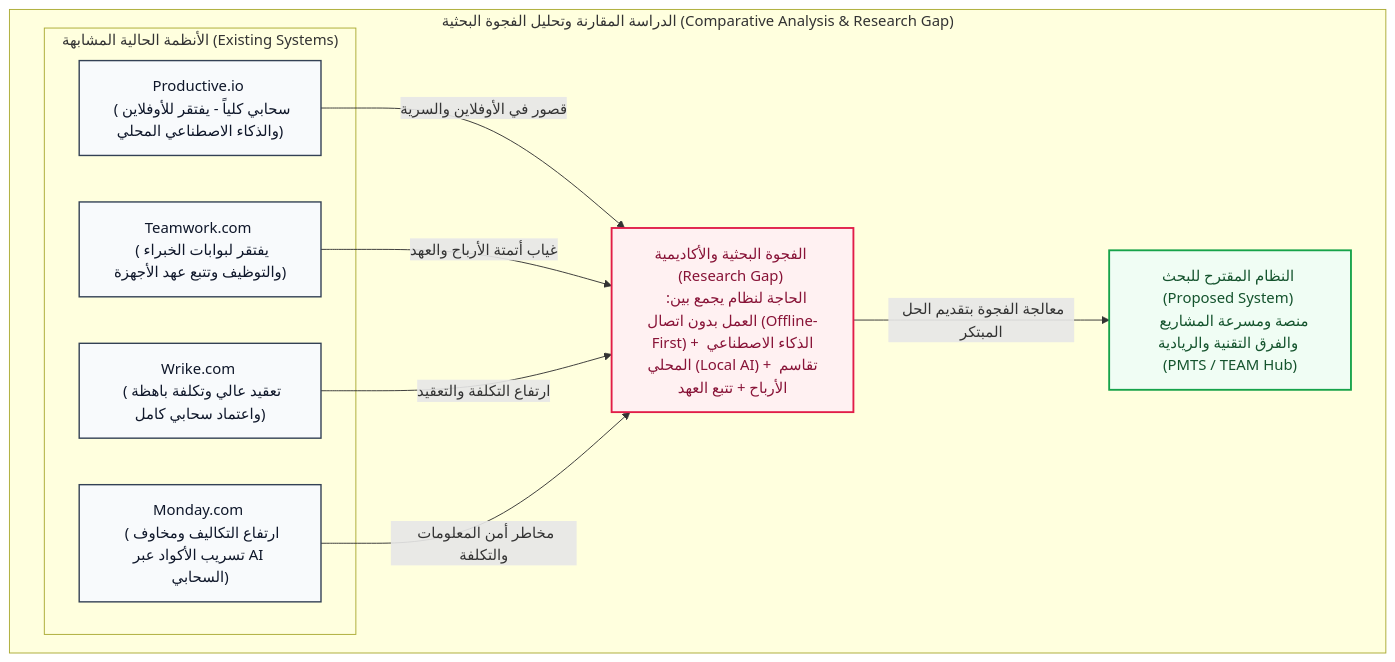
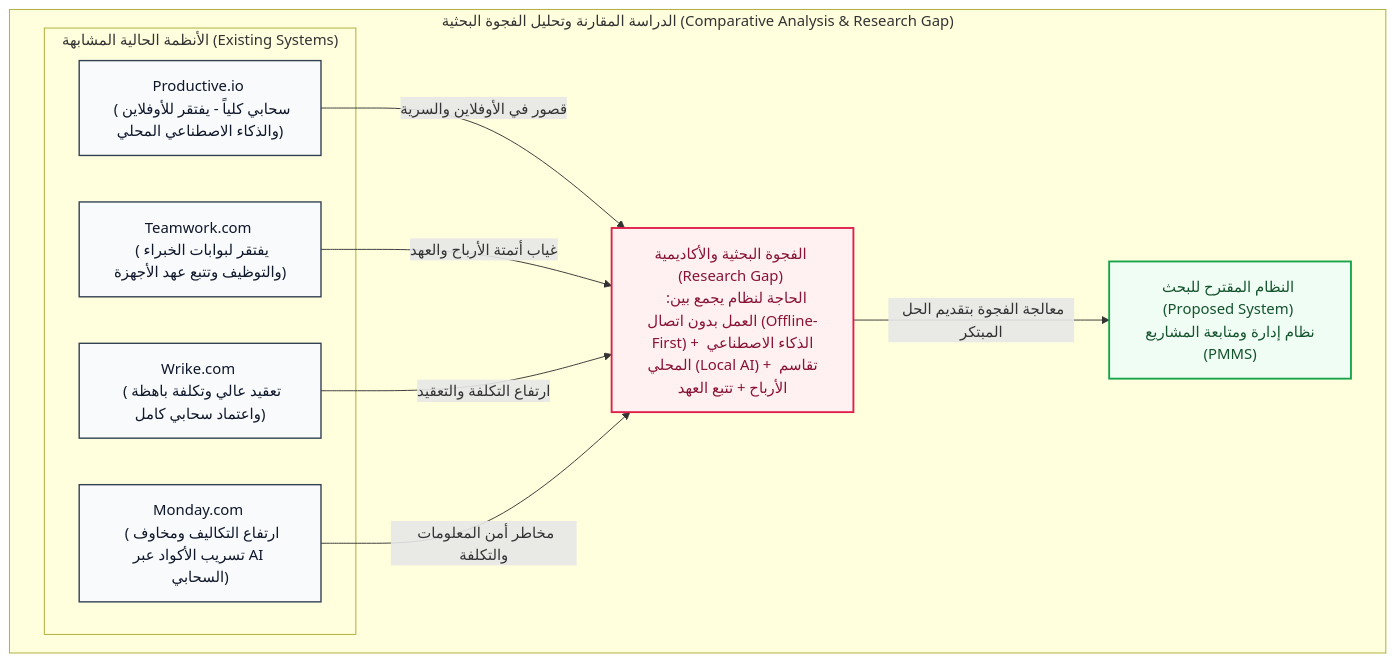
Before and after one commit to Essami779/PMMS: the third of 13 diagrams in 02_Project_Book_Chapters/مشروع_التخرج_المدمج_الوحدات_1_2_3.md, drawn with Mermaid. The commit also changed other lines of this file and 34 other files, not shown here.

````diff
--- a/02_Project_Book_Chapters/مشروع_التخرج_المدمج_الوحدات_1_2_3.md
+++ b/02_Project_Book_Chapters/مشروع_التخرج_المدمج_الوحدات_1_2_3.md
@@ -552,28 +552,28 @@
 ```mermaid
 graph TD
     classDef system fill:#f8fafc,stroke:#334155,stroke-width:1.5px,color:#0f172a;
     classDef gap fill:#fff1f2,stroke:#e11d48,stroke-width:2px,color:#881337;
     classDef solution fill:#f0fdf4,stroke:#16a34a,stroke-width:2px,color:#14532d;
     classDef header fill:#1e293b,stroke:#0f172a,stroke-width:2px,color:#ffffff;
 
     subgraph ComparativeStudy ["الدراسة المقارنة وتحليل الفجوة البحثية (Comparative Analysis & Research Gap)"]
 
         subgraph ExistingSystems ["الأنظمة الحالية المشابهة (Existing Systems)"]
             A1["Productive.io <br> (سحابي كلياً - يفتقر للأوفلاين والذكاء الاصطناعي المحلي)"]:::system
             A2["Teamwork.com <br> (يفتقر لبوابات الخبراء والتوظيف وتتبع عهد الأجهزة)"]:::system
             A3["Wrike.com <br> (تعقيد عالي وتكلفة باهظة واعتماد سحابي كامل)"]:::system
             A4["Monday.com <br> (ارتفاع التكاليف ومخاوف تسريب الأكواد عبر AI السحابي)"]:::system
         end
 
         GapNode["الفجوة البحثية والأكاديمية (Research Gap) <br> الحاجة لنظام يجمع بين: العمل بدون اتصال (Offline-First) + الذكاء الاصطناعي المحلي (Local AI) + تقاسم الأرباح + تتبع العهد"]:::gap
 
-        ProposedNode["النظام المقترح للبحث (Proposed System) <br> منصة ومسرعة المشاريع والفرق التقنية والريادية (PMTS / TEAM Hub)"]:::solution
+        ProposedNode["النظام المقترح للبحث (Proposed System) <br> نظام إدارة ومتابعة المشاريع (PMMS)"]:::solution
 
         A1 -->|"قصور في الأوفلاين والسرية"| GapNode
         A2 -->|"غياب أتمتة الأرباح والعهد"| GapNode
         A3 -->|"ارتفاع التكلفة والتعقيد"| GapNode
         A4 -->|"مخاطر أمن المعلومات والتكلفة"| GapNode
 
         GapNode -->|"معالجة الفجوة بتقديم الحل المبتكر"| ProposedNode
     end
 ```
````
